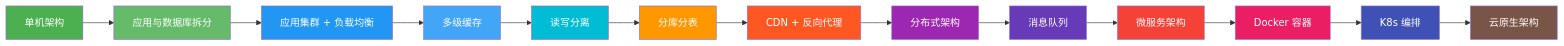
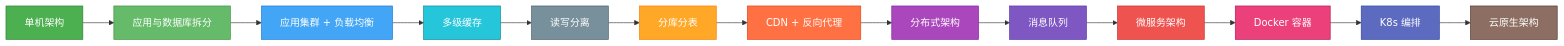
Before and after one commit to weng235/weng235.github.io: the first of 15 diagrams in _posts/2026-05-17-internet-architecture-evolution.md, drawn with Mermaid. The commit also changed other lines of this file and 1 other file, not shown here.

Commit message:
update: 深色主题 Mermaid 图表优化
- 全景图使用 dark 主题 + 加粗白色字体
- Docker 图修复空格命名问题
- 其他图表颜色保持一致

````diff
--- a/_posts/2026-05-17-internet-architecture-evolution.md
+++ b/_posts/2026-05-17-internet-architecture-evolution.md
@@ -12,30 +12,30 @@
 ```mermaid
-%%{init: {'theme': 'base', 'themeVariables': { 'fontSize': '16px' }}%%
+%%{init: {'theme': 'dark', 'themeVariables': { 'fontSize': '14px', 'nodeBorder': '#555', 'lineColor': '#aaa' }}%%
 graph LR
     A["单机架构"] --> B["应用与数据库拆分"]
     B --> C["应用集群 + 负载均衡"]
     C --> D["多级缓存"]
     D --> E["读写分离"]
     E --> F["分库分表"]
     F --> G["CDN + 反向代理"]
     G --> H["分布式架构"]
     H --> I["消息队列"]
     I --> J["微服务架构"]
     J --> K["Docker 容器"]
     K --> L["K8s 编排"]
     L --> M["云原生架构"]
 
-    style A fill:#4CAF50,color:#fff
-    style B fill:#66BB6A,color:#fff
-    style C fill:#2196F3,color:#fff
-    style D fill:#42A5F5,color:#fff
-    style E fill:#00BCD4,color:#fff
-    style F fill:#FF9800,color:#fff
-    style G fill:#FF5722,color:#fff
-    style H fill:#9C27B0,color:#fff
-    style I fill:#673AB7,color:#fff
-    style J fill:#F44336,color:#fff
-    style K fill:#E91E63,color:#fff
-    style L fill:#3F51B5,color:#fff
-    style M fill:#795548,color:#fff
+    style A fill:#4CAF50,stroke:#2E7D32,color:#fff,fontWeight:bold
+    style B fill:#66BB6A,stroke:#388E3C,color:#fff,fontWeight:bold
+    style C fill:#42A5F5,stroke:#1976D2,color:#fff,fontWeight:bold
+    style D fill:#26C6DA,stroke:#00838F,color:#fff,fontWeight:bold
+    style E fill:#78909C,stroke:#455A64,color:#fff,fontWeight:bold
+    style F fill:#FFA726,stroke:#F57C00,color:#fff,fontWeight:bold
+    style G fill:#FF7043,stroke:#D84315,color:#fff,fontWeight:bold
+    style H fill:#AB47BC,stroke:#7B1FA2,color:#fff,fontWeight:bold
+    style I fill:#7E57C2,stroke:#512DA8,color:#fff,fontWeight:bold
+    style J fill:#EF5350,stroke:#C62828,color:#fff,fontWeight:bold
+    style K fill:#EC407A,stroke:#AD1457,color:#fff,fontWeight:bold
+    style L fill:#5C6BC0,stroke:#303F9F,color:#fff,fontWeight:bold
+    style M fill:#8D6E63,stroke:#4E342E,color:#fff,fontWeight:bold
 ```
````
